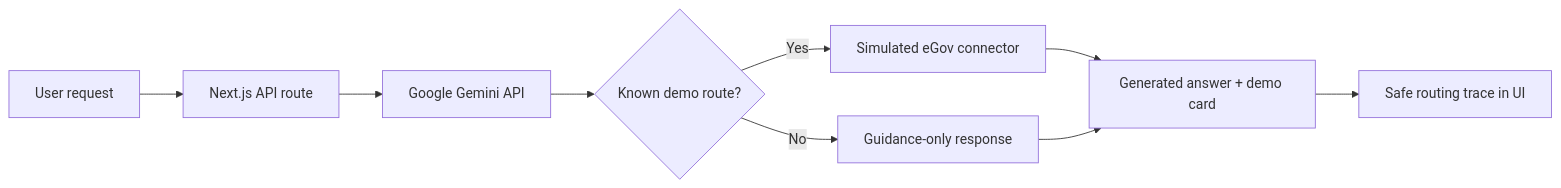
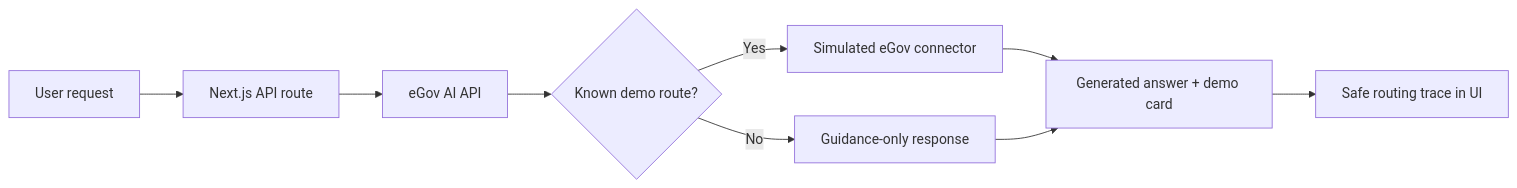
One commit to bryllim/egov-agent changed the diagram in README.md. Above: the diagram before and after it, drawn with Mermaid. The commit also changed other lines of this file and 20 other files, not shown here.

````diff
--- a/README.md
+++ b/README.md
@@ -63,11 +102,11 @@
 ```mermaid
 flowchart LR
   A[User request] --> B[Next.js API route]
-  B --> C[Google Gemini API]
+  B --> C[eGov AI API]
   C --> D{Known demo route?}
   D -->|Yes| E[Simulated eGov connector]
   D -->|No| F[Guidance-only response]
   E --> G[Generated answer + demo card]
   F --> G
   G --> H[Safe routing trace in UI]
 ```
````
